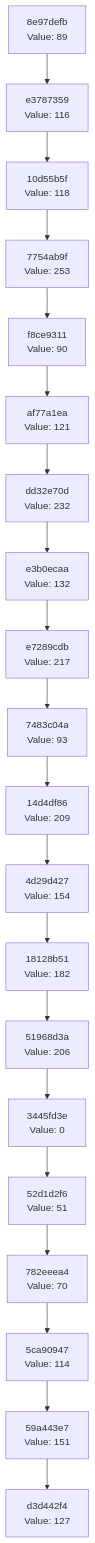
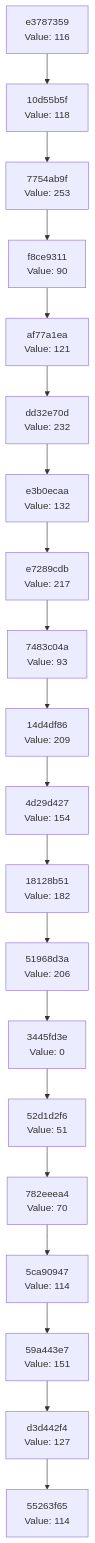
One commit to Abhisheksinha1506/hash-chain-evolver changed the diagram in docs/CHAIN_VISUALIZATION.md. Above: the diagram before and after it, drawn with Mermaid. The commit also changed 3 other files, not shown here.

````diff
--- a/docs/CHAIN_VISUALIZATION.md
+++ b/docs/CHAIN_VISUALIZATION.md
@@ -3,42 +3,42 @@
 ```mermaid
 graph TD
-    C0["d3d442f4<br/>Value: 127"]
-    C1["59a443e7<br/>Value: 151"]
+    C0["55263f65<br/>Value: 114"]
+    C1["d3d442f4<br/>Value: 127"]
     C1 --> C0
-    C2["5ca90947<br/>Value: 114"]
+    C2["59a443e7<br/>Value: 151"]
     C2 --> C1
-    C3["782eeea4<br/>Value: 70"]
+    C3["5ca90947<br/>Value: 114"]
     C3 --> C2
-    C4["52d1d2f6<br/>Value: 51"]
+    C4["782eeea4<br/>Value: 70"]
     C4 --> C3
-    C5["3445fd3e<br/>Value: 0"]
+    C5["52d1d2f6<br/>Value: 51"]
     C5 --> C4
-    C6["51968d3a<br/>Value: 206"]
+    C6["3445fd3e<br/>Value: 0"]
     C6 --> C5
-    C7["18128b51<br/>Value: 182"]
+    C7["51968d3a<br/>Value: 206"]
     C7 --> C6
-    C8["4d29d427<br/>Value: 154"]
+    C8["18128b51<br/>Value: 182"]
     C8 --> C7
-    C9["14d4df86<br/>Value: 209"]
+    C9["4d29d427<br/>Value: 154"]
     C9 --> C8
-    C10["7483c04a<br/>Value: 93"]
+    C10["14d4df86<br/>Value: 209"]
     C10 --> C9
-    C11["e7289cdb<br/>Value: 217"]
+    C11["7483c04a<br/>Value: 93"]
     C11 --> C10
-    C12["e3b0ecaa<br/>Value: 132"]
+    C12["e7289cdb<br/>Value: 217"]
     C12 --> C11
-    C13["dd32e70d<br/>Value: 232"]
+    C13["e3b0ecaa<br/>Value: 132"]
     C13 --> C12
-    C14["af77a1ea<br/>Value: 121"]
+    C14["dd32e70d<br/>Value: 232"]
     C14 --> C13
-    C15["f8ce9311<br/>Value: 90"]
+    C15["af77a1ea<br/>Value: 121"]
     C15 --> C14
-    C16["7754ab9f<br/>Value: 253"]
+    C16["f8ce9311<br/>Value: 90"]
     C16 --> C15
-    C17["10d55b5f<br/>Value: 118"]
+    C17["7754ab9f<br/>Value: 253"]
     C17 --> C16
-    C18["e3787359<br/>Value: 116"]
+    C18["10d55b5f<br/>Value: 118"]
     C18 --> C17
-    C19["8e97defb<br/>Value: 89"]
+    C19["e3787359<br/>Value: 116"]
     C19 --> C18
 ```
````
